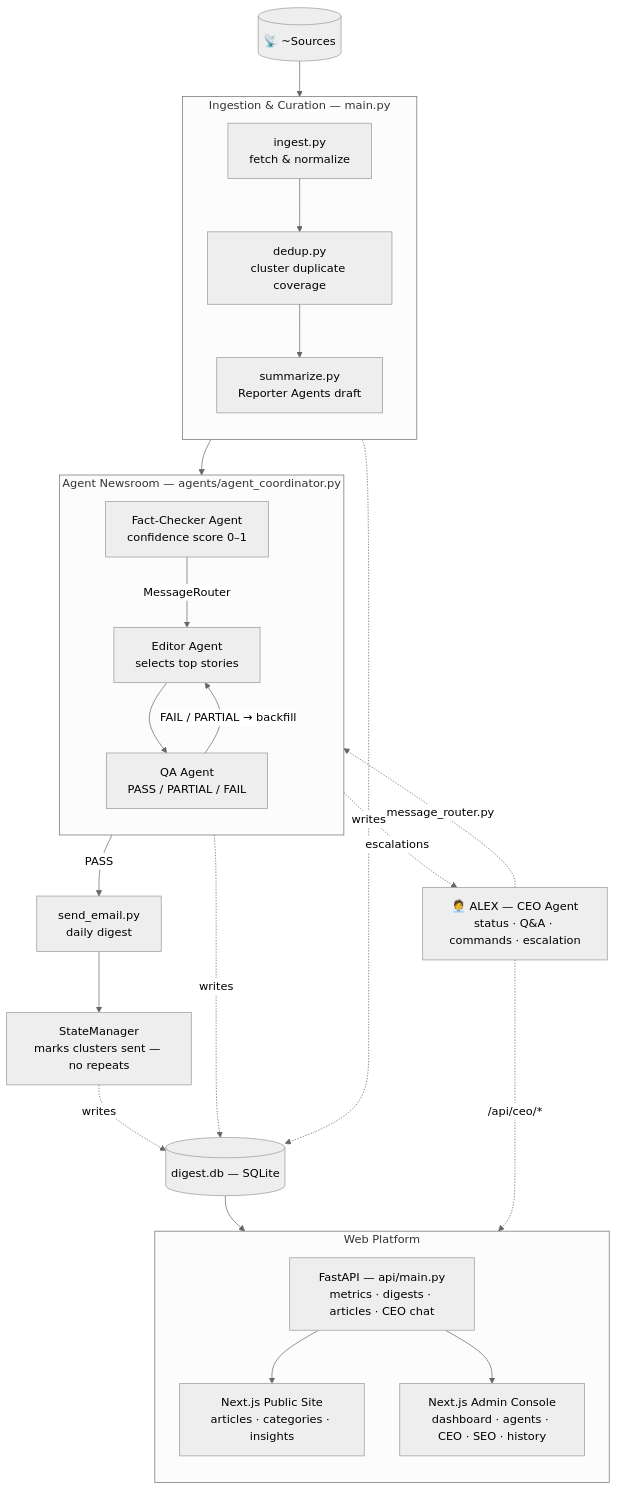
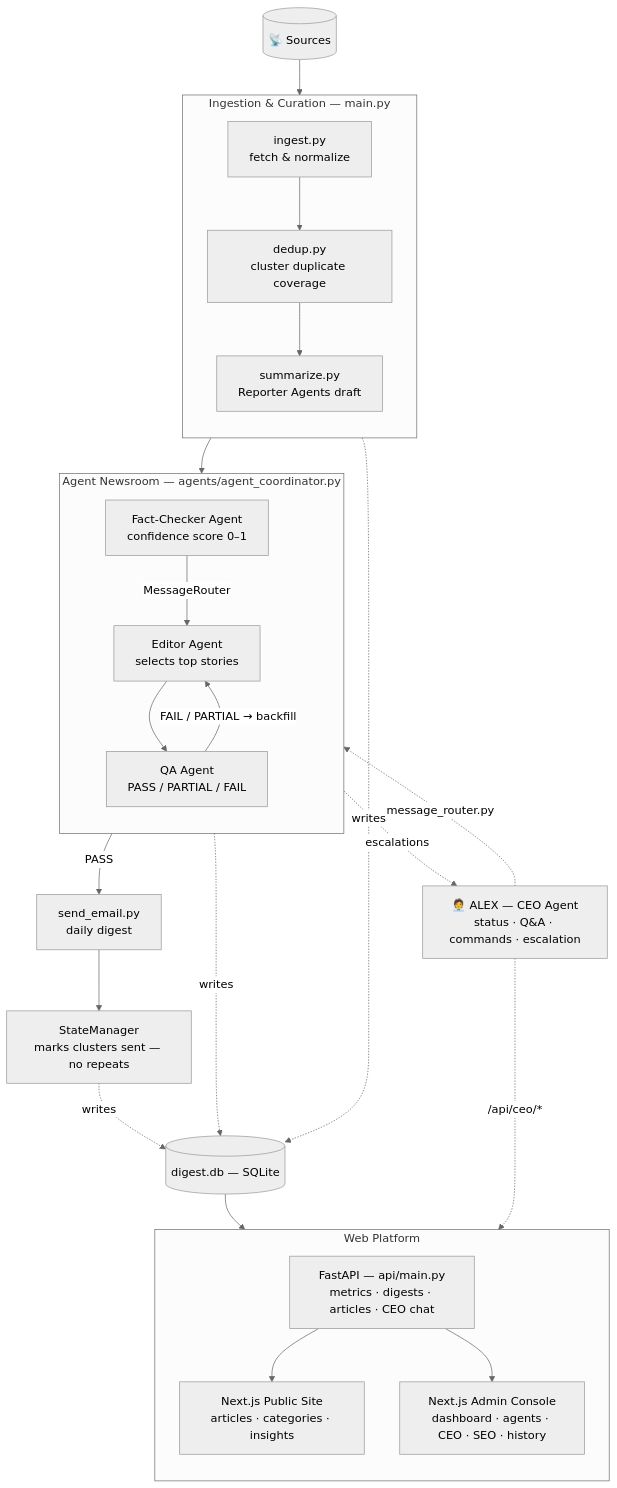
One commit to harshitpatel6/autonomous-multi-agent-news-agency changed the first of 2 diagrams in README.md. Above: the diagram before and after it, drawn with Mermaid (neutral theme). The commit also changed other lines of this file, not shown here.

Commit message:
Readme File updates

````diff
--- a/README.md
+++ b/README.md
@@ -11,44 +11,44 @@
 ```mermaid
 flowchart TD
-    RSS[("📡 ~Sources")] --> ING["ingest.py<br/>fetch & normalize"]
+    RSS[("📡 Sources")] --> ING["ingest.py<br/>fetch & normalize"]
 
     subgraph PIPELINE["Ingestion & Curation — main.py"]
         direction TB
         ING --> DEDUP["dedup.py<br/>cluster duplicate coverage"]
         DEDUP --> SUMM["summarize.py<br/>Reporter Agents draft"]
     end
 
     subgraph NEWSROOM["Agent Newsroom — agents/agent_coordinator.py"]
         direction TB
         FC["Fact-Checker Agent<br/>confidence score 0–1"]
         ED["Editor Agent<br/>selects top stories"]
         QA["QA Agent<br/>PASS / PARTIAL / FAIL"]
         FC -->|MessageRouter| ED --> QA
         QA -- "FAIL / PARTIAL → backfill" --> ED
     end
 
     SUMM --> FC
     QA -->|PASS| EMAIL["send_email.py<br/>daily digest"]
     EMAIL --> STATE["StateManager<br/>marks clusters sent — no repeats"]
 
     ALEX["🧑‍💼 ALEX — CEO Agent<br/>status · Q&A · commands · escalation"]
     NEWSROOM -. "escalations" .-> ALEX
     ALEX -. "message_router.py" .-> NEWSROOM
 
     DB[("digest.db — SQLite")]
     PIPELINE -. writes .-> DB
     NEWSROOM -. writes .-> DB
     STATE -. writes .-> DB
 
     subgraph PLATFORM["Web Platform"]
         direction TB
         API["FastAPI — api/main.py<br/>metrics · digests · articles · CEO chat"]
         SITE["Next.js Public Site<br/>articles · categories · insights"]
         ADMIN["Next.js Admin Console<br/>dashboard · agents · CEO · SEO · history"]
         API --> SITE
         API --> ADMIN
     end
 
     DB --> API
     ALEX -. "/api/ceo/*" .-> API
 ```
````
